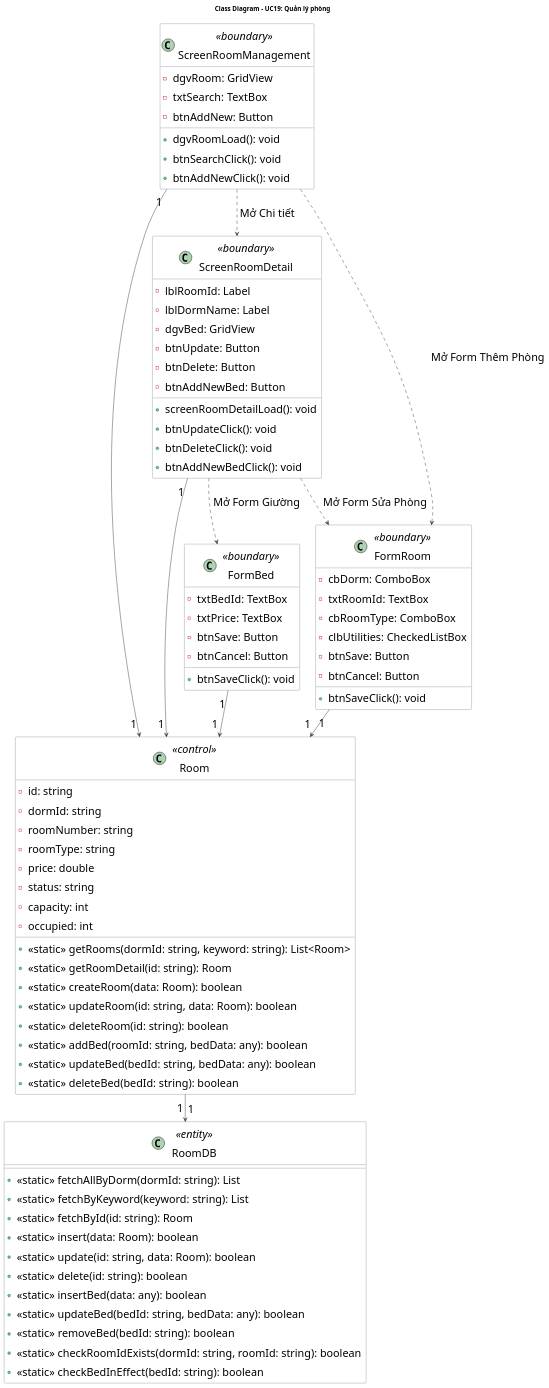
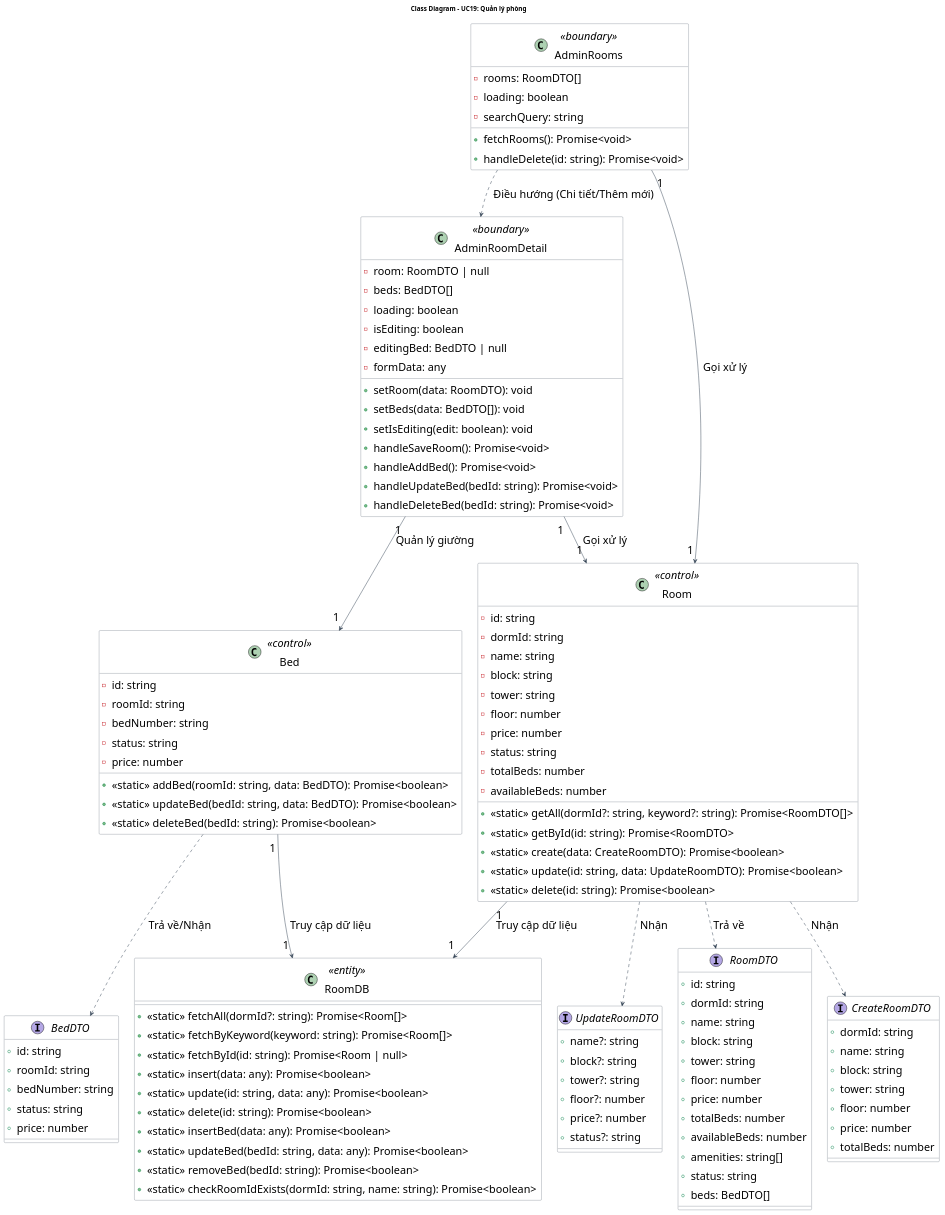
The diagram in doc/system/quan_ly_phong/QuanLyPhong_ClassDiagram.wsd (Gnourt812005/HCMUS-Analyze-and-desgin-IS), drawn with PlantUML before and after one commit. The commit also changed 3 other files, not shown here.

```diff
--- a/doc/system/quan_ly_phong/QuanLyPhong_ClassDiagram.wsd
+++ b/doc/system/quan_ly_phong/QuanLyPhong_ClassDiagram.wsd
@@ -1,103 +1,141 @@
 @startuml QuanLyPhong_ClassDiagram
 title Class Diagram - UC19: Quản lý phòng
 
 ' --- STYLE CONFIGURATION ---
 skinparam {
     ClassBackgroundColor White
     ClassBorderColor #2D3E50
     ArrowColor #2D3E50
     DefaultFontName "Arial"
     DefaultFontSize 24
     Padding 5
 }
 
 ' --- BOUNDARY LAYER ---
-class "ScreenRoomManagement" as ScreenRM <<boundary>> {
-    - dgvRoom: GridView
-    - txtSearch: TextBox
-    - btnAddNew: Button
-    + dgvRoomLoad(): void
-    + btnSearchClick(): void
-    + btnAddNewClick(): void
+class "AdminRooms" as ScreenRM <<boundary>> {
+    - rooms: RoomDTO[]
+    - loading: boolean
+    - searchQuery: string
+    + fetchRooms(): Promise<void>
+    + handleDelete(id: string): Promise<void>
 }
 
-class "ScreenRoomDetail" as ScreenRD <<boundary>> {
-    - lblRoomId: Label
-    - lblDormName: Label
-    - dgvBed: GridView
-    - btnUpdate: Button
-    - btnDelete: Button
-    - btnAddNewBed: Button
-    + screenRoomDetailLoad(): void
-    + btnUpdateClick(): void
-    + btnDeleteClick(): void
-    + btnAddNewBedClick(): void
+class "AdminRoomDetail" as ScreenRD <<boundary>> {
+    - room: RoomDTO | null
+    - beds: BedDTO[]
+    - loading: boolean
+    - isEditing: boolean
+    - editingBed: BedDTO | null
+    - formData: any
+    + setRoom(data: RoomDTO): void
+    + setBeds(data: BedDTO[]): void
+    + setIsEditing(edit: boolean): void
+    + handleSaveRoom(): Promise<void>
+    + handleAddBed(): Promise<void>
+    + handleUpdateBed(bedId: string): Promise<void>
+    + handleDeleteBed(bedId: string): Promise<void>
 }
 
-class "FormRoom" as FormRoom <<boundary>> {
-    - cbDorm: ComboBox
-    - txtRoomId: TextBox
-    - cbRoomType: ComboBox
-    - clbUtilities: CheckedListBox
-    - btnSave: Button
-    - btnCancel: Button
-    + btnSaveClick(): void
+' --- DTO LAYER ---
+interface "RoomDTO" {
+    + id: string
+    + dormId: string
+    + name: string
+    + block: string
+    + tower: string
+    + floor: number
+    + price: number
+    + totalBeds: number
+    + availableBeds: number
+    + amenities: string[]
+    + status: string
+    + beds: BedDTO[]
 }
 
-class "FormBed" as FormBed <<boundary>> {
-    - txtBedId: TextBox
-    - txtPrice: TextBox
-    - btnSave: Button
-    - btnCancel: Button
-    + btnSaveClick(): void
+interface "CreateRoomDTO" {
+    + dormId: string
+    + name: string
+    + block: string
+    + tower: string
+    + floor: number
+    + price: number
+    + totalBeds: number
+}
+
+interface "UpdateRoomDTO" {
+    + name?: string
+    + block?: string
+    + tower?: string
+    + floor?: number
+    + price?: number
+    + status?: string
+}
+
+interface "BedDTO" {
+    + id: string
+    + roomId: string
+    + bedNumber: string
+    + status: string
+    + price: number
 }
 
 ' --- BUSINESS LAYER ---
 class "Room" as Room <<control>> {
     - id: string
     - dormId: string
-    - roomNumber: string
-    - roomType: string
-    - price: double
+    - name: string
+    - block: string
+    - tower: string
+    - floor: number
+    - price: number
     - status: string
-    - capacity: int
-    - occupied: int
-    + <<static>> getRooms(dormId: string, keyword: string): List<Room>
-    + <<static>> getRoomDetail(id: string): Room
-    + <<static>> createRoom(data: Room): boolean
-    + <<static>> updateRoom(id: string, data: Room): boolean
-    + <<static>> deleteRoom(id: string): boolean
-    + <<static>> addBed(roomId: string, bedData: any): boolean
-    + <<static>> updateBed(bedId: string, bedData: any): boolean
-    + <<static>> deleteBed(bedId: string): boolean
+    - totalBeds: number
+    - availableBeds: number
+    + <<static>> getAll(dormId?: string, keyword?: string): Promise<RoomDTO[]>
+    + <<static>> getById(id: string): Promise<RoomDTO>
+    + <<static>> create(data: CreateRoomDTO): Promise<boolean>
+    + <<static>> update(id: string, data: UpdateRoomDTO): Promise<boolean>
+    + <<static>> delete(id: string): Promise<boolean>
+}
+
+class "Bed" as Bed <<control>> {
+    - id: string
+    - roomId: string
+    - bedNumber: string
+    - status: string
+    - price: number
+    + <<static>> addBed(roomId: string, data: BedDTO): Promise<boolean>
+    + <<static>> updateBed(bedId: string, data: BedDTO): Promise<boolean>
+    + <<static>> deleteBed(bedId: string): Promise<boolean>
 }
 
 ' --- DATABASE LAYER ---
 class "RoomDB" as RoomDB <<entity>> {
-    + <<static>> fetchAllByDorm(dormId: string): List
-    + <<static>> fetchByKeyword(keyword: string): List
-    + <<static>> fetchById(id: string): Room
-    + <<static>> insert(data: Room): boolean
-    + <<static>> update(id: string, data: Room): boolean
-    + <<static>> delete(id: string): boolean
-    + <<static>> insertBed(data: any): boolean
-    + <<static>> updateBed(bedId: string, bedData: any): boolean
-    + <<static>> removeBed(bedId: string): boolean
-    + <<static>> checkRoomIdExists(dormId: string, roomId: string): boolean
-    + <<static>> checkBedInEffect(bedId: string): boolean
+    + <<static>> fetchAll(dormId?: string): Promise<Room[]>
+    + <<static>> fetchByKeyword(keyword: string): Promise<Room[]>
+    + <<static>> fetchById(id: string): Promise<Room | null>
+    + <<static>> insert(data: any): Promise<boolean>
+    + <<static>> update(id: string, data: any): Promise<boolean>
+    + <<static>> delete(id: string): Promise<boolean>
+    + <<static>> insertBed(data: any): Promise<boolean>
+    + <<static>> updateBed(bedId: string, data: any): Promise<boolean>
+    + <<static>> removeBed(bedId: string): Promise<boolean>
+    + <<static>> checkRoomIdExists(dormId: string, name: string): Promise<boolean>
 }
 
 ' --- RELATIONSHIPS ---
-ScreenRM "1" --> "1" Room
-ScreenRD "1" --> "1" Room
-FormRoom "1" --> "1" Room
-FormBed "1" --> "1" Room
+ScreenRM "1" --> "1" Room : Gọi xử lý
+ScreenRD "1" --> "1" Room : Gọi xử lý
+ScreenRD "1" --> "1" Bed : Quản lý giường
 
-Room "1" --> "1" RoomDB
+Room "1" --> "1" RoomDB : Truy cập dữ liệu
+Bed "1" --> "1" RoomDB : Truy cập dữ liệu
 
-ScreenRM ..> ScreenRD : Mở Chi tiết
-ScreenRM ..> FormRoom : Mở Form Thêm Phòng
-ScreenRD ..> FormRoom : Mở Form Sửa Phòng
-ScreenRD ..> FormBed : Mở Form Giường
+Room ..> RoomDTO : Trả về
+Room ..> CreateRoomDTO : Nhận
+Room ..> UpdateRoomDTO : Nhận
+Bed ..> BedDTO : Trả về/Nhận
+
+ScreenRM ..> ScreenRD : Điều hướng (Chi tiết/Thêm mới)
 
 @enduml
```
